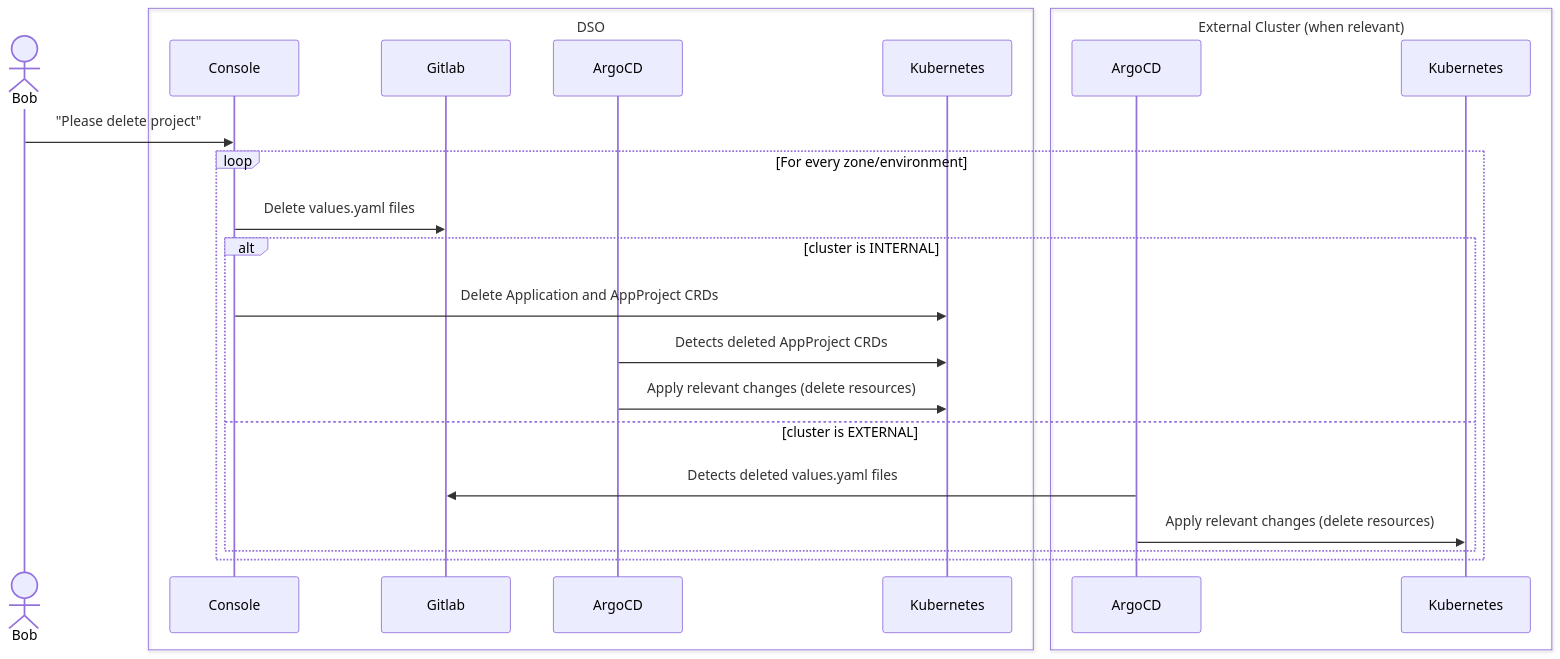
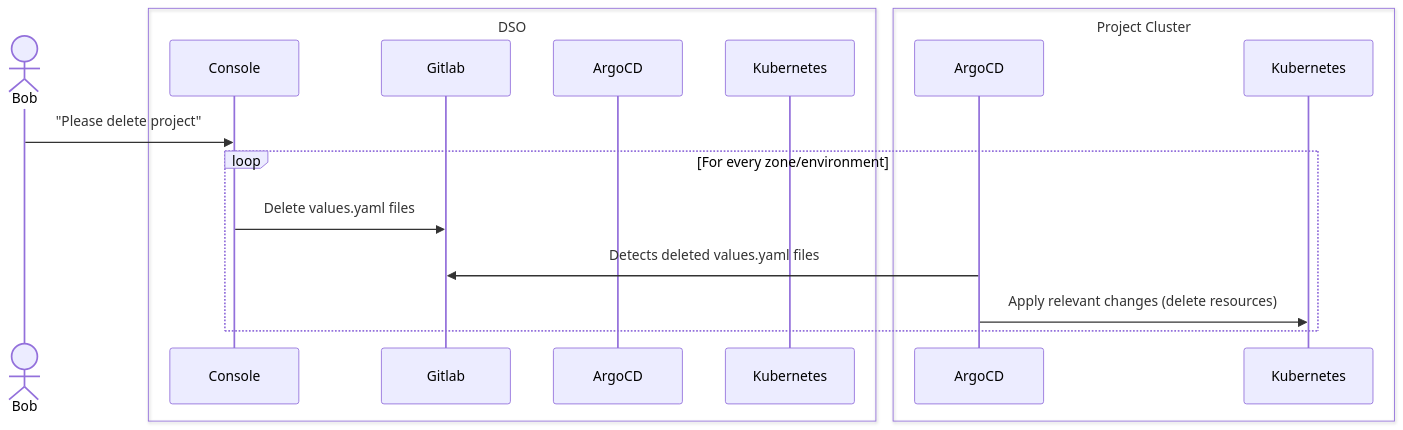
The second of 6 diagrams in plugins/argocd/README.md (cloud-pi-native/console), drawn with Mermaid before and after one commit. The commit also changed other lines of this file and 15 other files, not shown here.

First line of the commit message:
chore: remove 'external' cluster property

````diff
--- a/plugins/argocd/README.md
+++ b/plugins/argocd/README.md
@@ -110,30 +42,24 @@
 ```mermaid
 sequenceDiagram
   actor Bob as Bob
 
   box DSO
     participant Console as Console
     participant Gitlab as Gitlab
     participant ArgoCD_DSO as ArgoCD
     participant Kubernetes_DSO as Kubernetes
   end
 
-  box External Cluster (when relevant)
+  box Project Cluster
     participant ArgoCD_EXT as ArgoCD
     participant Kubernetes_EXT as Kubernetes
   end
 
   Bob ->> Console: "Please delete project"
 
   loop For every zone/environment
     Console ->> Gitlab: Delete values.yaml files
-    alt cluster is INTERNAL
-      Console ->> Kubernetes_DSO: Delete Application and AppProject CRDs
-      ArgoCD_DSO ->> Kubernetes_DSO: Detects deleted AppProject CRDs
-      ArgoCD_DSO ->> Kubernetes_DSO: Apply relevant changes (delete resources)
-    else cluster is EXTERNAL
-      ArgoCD_EXT ->> Gitlab: Detects deleted values.yaml files
-      ArgoCD_EXT ->> Kubernetes_EXT: Apply relevant changes (delete resources)
-    end
+    ArgoCD_EXT ->> Gitlab: Detects deleted values.yaml files
+    ArgoCD_EXT ->> Kubernetes_EXT: Apply relevant changes (delete resources)
   end
 ```
````
